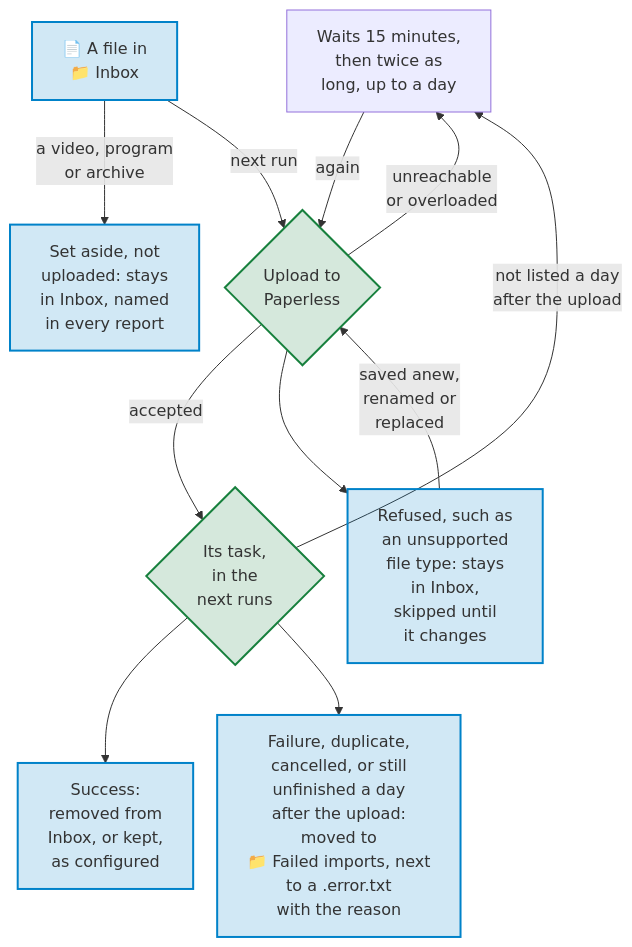
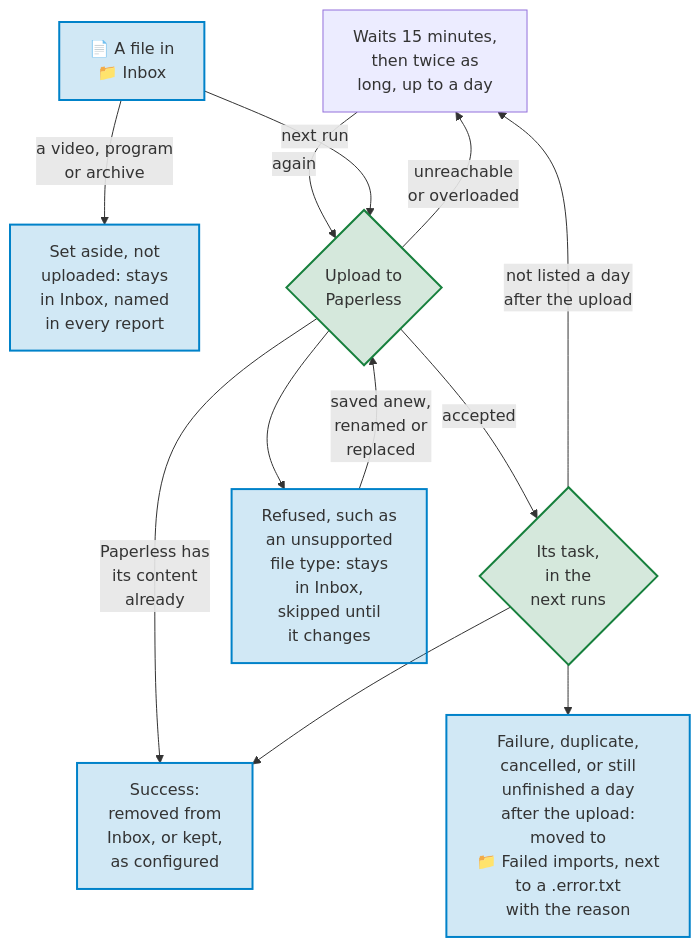
One commit to Dennis-Otto/paperless-sync changed the diagram in docs/diagrams/the-way-of-a-file-from-the-inbox-to-paperless.mmd. Above: the diagram before and after it, drawn with Mermaid. The commit also changed 27 other files, not shown here.

First line of the commit message:
fix(inbox): upload a file of the inbox once, also after a rename, a move or a lost answer (#466)

```diff
--- a/docs/diagrams/the-way-of-a-file-from-the-inbox-to-paperless.mmd
+++ b/docs/diagrams/the-way-of-a-file-from-the-inbox-to-paperless.mmd
@@ -1,34 +1,35 @@
 ---
 config:
   flowchart:
     nodeSpacing: 24
 ---
 flowchart TB
     accTitle: The way of a file from the inbox to Paperless
-    accDescr: A video, a program or an archive stays in the folder Inbox, and the report of every run names it as set aside. In the next run, any other file in the folder Inbox is uploaded to Paperless. When Paperless is unreachable or overloaded, the file waits 15 minutes, then twice as long each time, up to a day, and is uploaded again. When Paperless refuses it, such as a file of an unsupported type, it stays in Inbox and is skipped until it is saved anew, renamed or replaced. When Paperless accepts it, the next runs follow its Paperless task while it is running: after success, the file is removed from Inbox or kept, as configured; after a failure, a duplicate or a cancelled task, it moves to the folder Failed imports, next to a .error.txt with the reason. A day after the upload, a file whose content Paperless has counts as imported; a task that Paperless still lists unfinished moves the file to Failed imports, so that a second upload can't make a duplicate; and a task that Paperless doesn't list sends the file to the wait as well, and it is uploaded again.
+    accDescr: A video, a program or an archive stays in the folder Inbox, and the report of every run names it as set aside. In the next run, any other file in the folder Inbox is uploaded to Paperless, unless Paperless has its content already: then it counts as imported without an upload, and a file renamed or moved inside Inbox keeps its upload. When Paperless is unreachable or overloaded, the file waits 15 minutes, then twice as long each time, up to a day, and is uploaded again. When Paperless refuses it, such as a file of an unsupported type, it stays in Inbox and is skipped until it is saved anew, renamed or replaced. When Paperless accepts it, the next runs follow its Paperless task while it is running: after success, the file is removed from Inbox or kept, as configured; after a failure, a duplicate or a cancelled task, it moves to the folder Failed imports, next to a .error.txt with the reason. A day after the upload, a file whose content Paperless has counts as imported; a task that Paperless still lists unfinished moves the file to Failed imports, so that a second upload can't make a duplicate; and a task that Paperless doesn't list sends the file to the wait as well, and it is uploaded again.
 
     %% The wait takes the uploads that failed for a time and the tasks without an end back to the upload.
     retry["Waits 15 minutes,<br>then twice as<br>long, up to a day"]
     file["📄 A file in<br>📁 Inbox"]
     aside["Set aside, not<br>uploaded: stays<br>in Inbox, named<br>in every report"]
     upload{"Upload to<br>Paperless"}
     task{"Its task,<br>in the<br>next runs"}
     refused["Refused, such as<br>an unsupported<br>file type: stays<br>in Inbox,<br>skipped until<br>it changes"]
     done["Success:<br>removed from<br>Inbox, or kept,<br>as configured"]
     failed["Failure, duplicate,<br>cancelled, or still<br>unfinished a day<br>after the upload:<br>moved to<br>📁 Failed imports, next<br>to a .error.txt<br>with the reason"]
 
     retry -- "again" --> upload
     file -- "a video, program<br>or archive" --> aside
     file -- "next run" --> upload
     upload -- "unreachable<br>or overloaded" --> retry
     upload -- "accepted" --> task
+    upload -- "Paperless has<br>its content<br>already" --> done
     upload --> refused
     refused -- "saved anew,<br>renamed or<br>replaced" --> upload
     task --> done
     task --> failed
     task -- "not listed a day<br>after the upload" --> retry
 
     classDef nextcloud fill:#0082c92e,stroke:#0082c9,stroke-width:2px
     classDef paperless fill:#17803d2e,stroke:#17803d,stroke-width:2px
     class file,aside,refused,done,failed nextcloud
     class upload,task paperless
```
